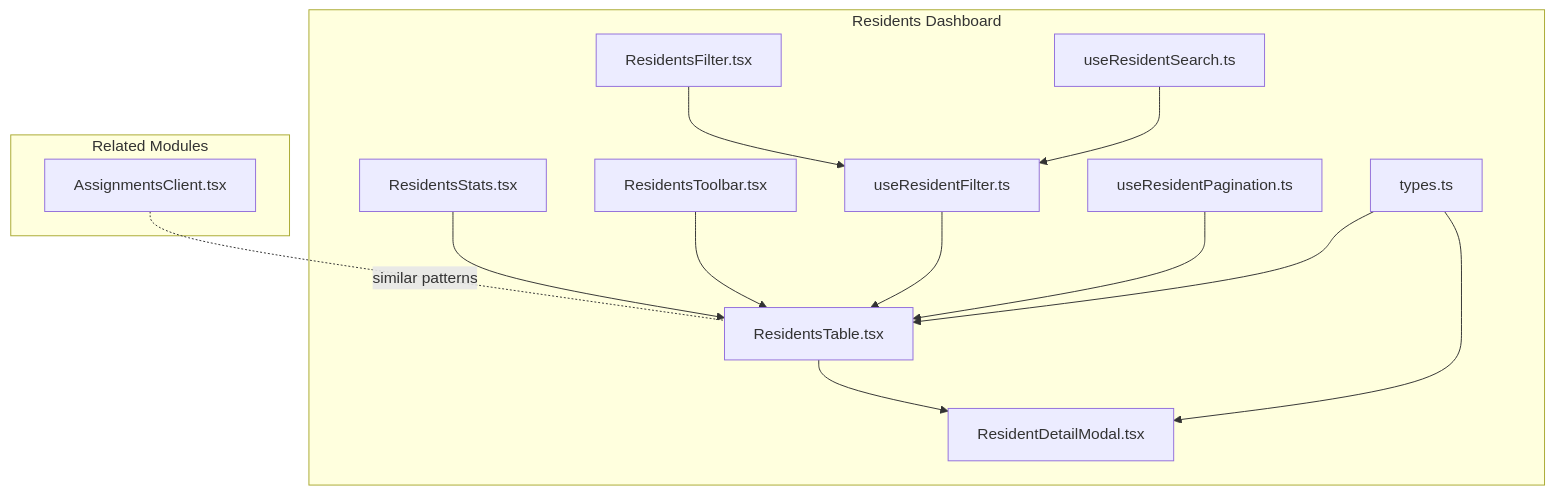
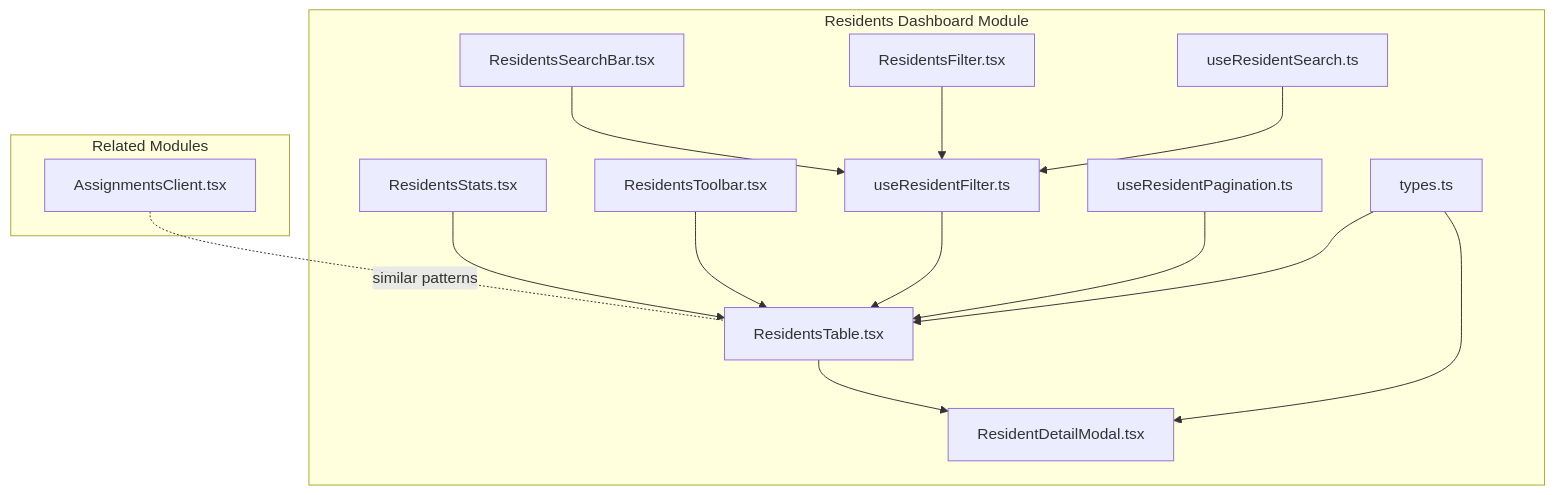
The first of 6 diagrams in .qoder/repowiki/en/content/UI Components & Dashboard/Data Display Components.md (bazs69/ApsAsrama), drawn with Mermaid before and after one commit. The commit also changed other lines of this file and 34 other files, not shown here.

````diff
--- a/.qoder/repowiki/en/content/UI Components & Dashboard/Data Display Components.md
+++ b/.qoder/repowiki/en/content/UI Components & Dashboard/Data Display Components.md
@@ -40,27 +49,29 @@
 ```mermaid
 graph TB
-subgraph "Residents Dashboard"
+subgraph "Residents Dashboard Module"
 RS["ResidentsStats.tsx"]
 RTB["ResidentsToolbar.tsx"]
+RSB["ResidentsSearchBar.tsx"]
 RFT["ResidentsFilter.tsx"]
 RSC["useResidentSearch.ts"]
 RFC["useResidentFilter.ts"]
 RPN["useResidentPagination.ts"]
 RDT["ResidentsTable.tsx"]
 RDM["ResidentDetailModal.tsx"]
 TYP["types.ts"]
 end
 subgraph "Related Modules"
 AC["AssignmentsClient.tsx"]
 end
 RS --> RDT
 RTB --> RDT
+RSB --> RFC
 RFT --> RFC
 RSC --> RFC
 RFC --> RDT
 RPN --> RDT
 RDT --> RDM
 AC -. "similar patterns" .- RDT
 TYP --> RDT
 TYP --> RDM
 ```
````
